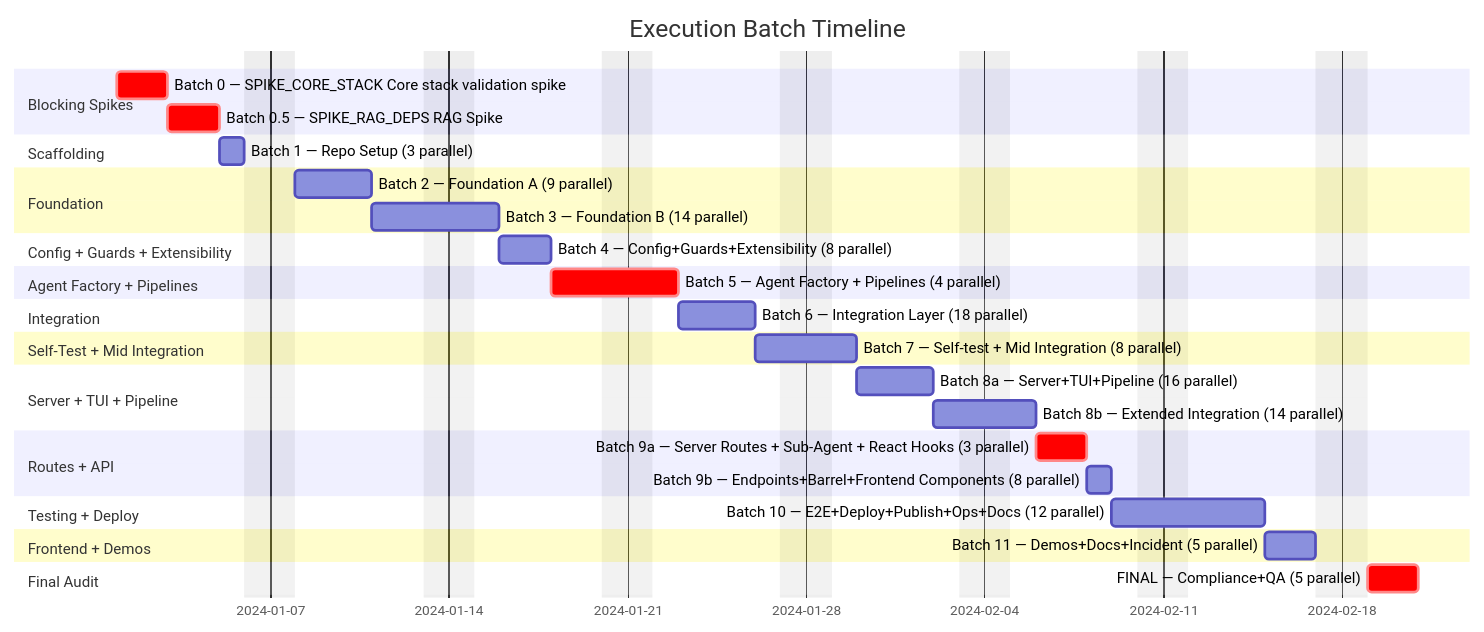
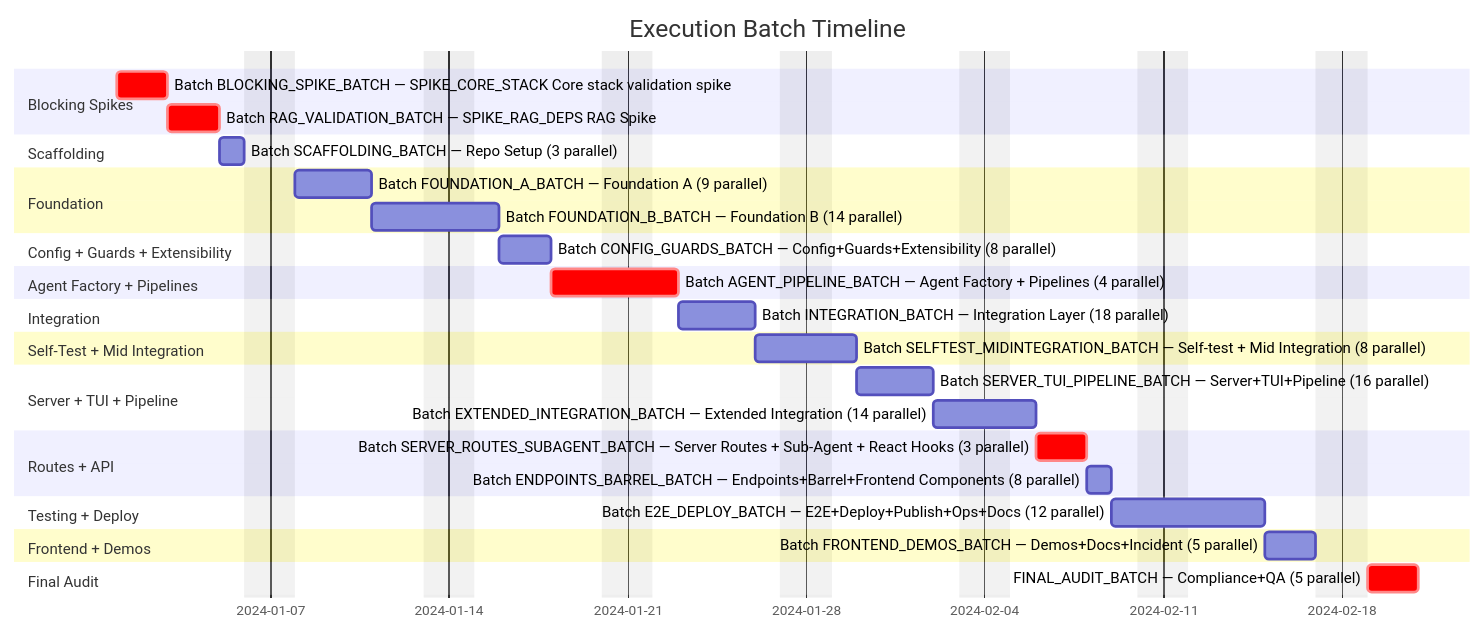
One commit to 1qh/safeagent changed the first of 10 diagrams in plan/execution.md. Above: the diagram before and after it, drawn with Mermaid. The commit also changed other lines of this file, not shown here.

Commit message:
Replace execution batch numbering with semantic batch IDs

````diff
--- a/plan/execution.md
+++ b/plan/execution.md
@@ -29,46 +29,46 @@
 ```mermaid
 gantt
     title Execution Batch Timeline
     dateFormat YYYY-MM-DD
     excludes weekends
 
     section Blocking Spikes
-    Batch 0 — SPIKE_CORE_STACK Core stack validation spike          :crit, SPIKE_CORE_STACK_GATE, 2024-01-01, 2d
-    Batch 0.5 — SPIKE_RAG_DEPS RAG Spike               :crit, SPIKE_RAG_DEPENDENCY_GATE, after SPIKE_CORE_STACK_GATE, 2d
+    Batch BLOCKING_SPIKE_BATCH — SPIKE_CORE_STACK Core stack validation spike          :crit, SPIKE_CORE_STACK_GATE, 2024-01-01, 2d
+    Batch RAG_VALIDATION_BATCH — SPIKE_RAG_DEPS RAG Spike               :crit, SPIKE_RAG_DEPENDENCY_GATE, after SPIKE_CORE_STACK_GATE, 2d
 
     section Scaffolding
-    Batch 1 — Repo Setup (3 parallel)           :SCAFFOLDING_BATCH, after SPIKE_RAG_DEPENDENCY_GATE, 1d
+    Batch SCAFFOLDING_BATCH — Repo Setup (3 parallel)           :SCAFFOLDING_BATCH, after SPIKE_RAG_DEPENDENCY_GATE, 1d
 
     section Foundation
-    Batch 2 — Foundation A (9 parallel)          :FOUNDATION_A_BATCH, after SCAFFOLDING_BATCH, 3d
-    Batch 3 — Foundation B (14 parallel)         :FOUNDATION_B_BATCH, after FOUNDATION_A_BATCH, 3d
+    Batch FOUNDATION_A_BATCH — Foundation A (9 parallel)          :FOUNDATION_A_BATCH, after SCAFFOLDING_BATCH, 3d
+    Batch FOUNDATION_B_BATCH — Foundation B (14 parallel)         :FOUNDATION_B_BATCH, after FOUNDATION_A_BATCH, 3d
 
     section Config + Guards + Extensibility
-    Batch 4 — Config+Guards+Extensibility (8 parallel)         :CONFIG_GUARDS_BATCH, after FOUNDATION_B_BATCH, 2d
+    Batch CONFIG_GUARDS_BATCH — Config+Guards+Extensibility (8 parallel)         :CONFIG_GUARDS_BATCH, after FOUNDATION_B_BATCH, 2d
 
     section Agent Factory + Pipelines
-    Batch 5 — Agent Factory + Pipelines (4 parallel)      :crit, AGENT_PIPELINE_BATCH, after CONFIG_GUARDS_BATCH, 3d
+    Batch AGENT_PIPELINE_BATCH — Agent Factory + Pipelines (4 parallel)      :crit, AGENT_PIPELINE_BATCH, after CONFIG_GUARDS_BATCH, 3d
 
     section Integration
-    Batch 6 — Integration Layer (18 parallel)    :INTEGRATION_BATCH, after AGENT_PIPELINE_BATCH, 3d
+    Batch INTEGRATION_BATCH — Integration Layer (18 parallel)    :INTEGRATION_BATCH, after AGENT_PIPELINE_BATCH, 3d
 
     section Self-Test + Mid Integration
-    Batch 7 — Self-test + Mid Integration (8 parallel):SELFTEST_MIDINTEGRATION_BATCH, after INTEGRATION_BATCH, 2d
+    Batch SELFTEST_MIDINTEGRATION_BATCH — Self-test + Mid Integration (8 parallel):SELFTEST_MIDINTEGRATION_BATCH, after INTEGRATION_BATCH, 2d
 
     section Server + TUI + Pipeline
-    Batch 8a — Server+TUI+Pipeline (16 parallel) :SERVER_TUI_PIPELINE_BATCH, after SELFTEST_MIDINTEGRATION_BATCH, 3d
-    Batch 8b — Extended Integration (14 parallel) :EXTENDED_INTEGRATION_BATCH, after SERVER_TUI_PIPELINE_BATCH, 2d
+    Batch SERVER_TUI_PIPELINE_BATCH — Server+TUI+Pipeline (16 parallel) :SERVER_TUI_PIPELINE_BATCH, after SELFTEST_MIDINTEGRATION_BATCH, 3d
+    Batch EXTENDED_INTEGRATION_BATCH — Extended Integration (14 parallel) :EXTENDED_INTEGRATION_BATCH, after SERVER_TUI_PIPELINE_BATCH, 2d
 
     section Routes + API
-    Batch 9a — Server Routes + Sub-Agent + React Hooks (3 parallel)      :crit, SERVER_ROUTES_SUBAGENT_BATCH, after EXTENDED_INTEGRATION_BATCH, 2d
-    Batch 9b — Endpoints+Barrel+Frontend Components (8 parallel)     :ENDPOINTS_BARREL_BATCH, after SERVER_ROUTES_SUBAGENT_BATCH, 1d
+    Batch SERVER_ROUTES_SUBAGENT_BATCH — Server Routes + Sub-Agent + React Hooks (3 parallel)      :crit, SERVER_ROUTES_SUBAGENT_BATCH, after EXTENDED_INTEGRATION_BATCH, 2d
+    Batch ENDPOINTS_BARREL_BATCH — Endpoints+Barrel+Frontend Components (8 parallel)     :ENDPOINTS_BARREL_BATCH, after SERVER_ROUTES_SUBAGENT_BATCH, 1d
 
     section Testing + Deploy
-    Batch 10 — E2E+Deploy+Publish+Ops+Docs (12 parallel)   :E2E_DEPLOY_BATCH, after ENDPOINTS_BARREL_BATCH, 4d
+    Batch E2E_DEPLOY_BATCH — E2E+Deploy+Publish+Ops+Docs (12 parallel)   :E2E_DEPLOY_BATCH, after ENDPOINTS_BARREL_BATCH, 4d
 
     section Frontend + Demos
-    Batch 11 — Demos+Docs+Incident (5 parallel)              :FRONTEND_DEMOS_BATCH, after E2E_DEPLOY_BATCH, 2d
+    Batch FRONTEND_DEMOS_BATCH — Demos+Docs+Incident (5 parallel)              :FRONTEND_DEMOS_BATCH, after E2E_DEPLOY_BATCH, 2d
 
     section Final Audit
-    FINAL — Compliance+QA (5 parallel)          :crit, FINAL_AUDIT_BATCH, after FRONTEND_DEMOS_BATCH, 2d
+    FINAL_AUDIT_BATCH — Compliance+QA (5 parallel)          :crit, FINAL_AUDIT_BATCH, after FRONTEND_DEMOS_BATCH, 2d
 ```
````
